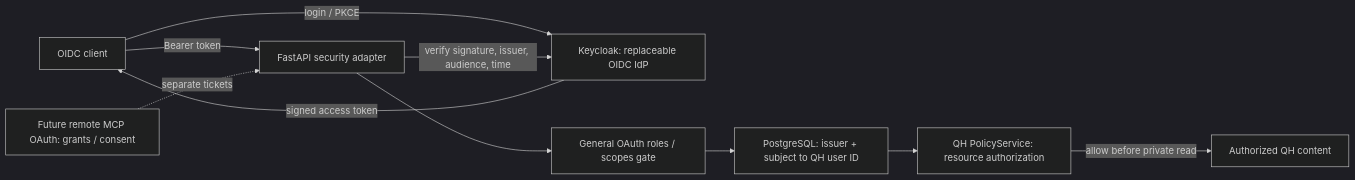
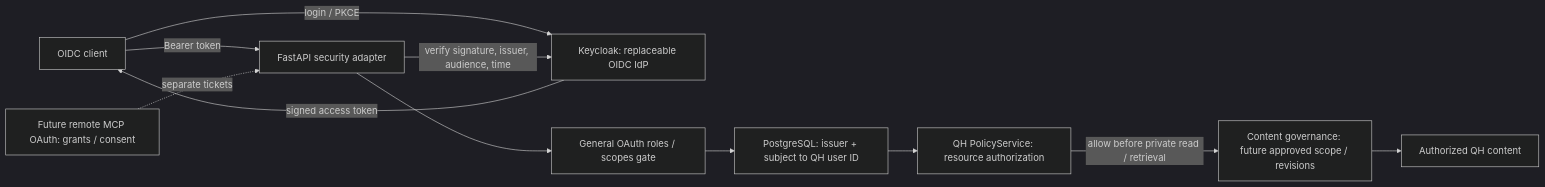
The diagram in docs/architecture.md (bl000m/qh), drawn with Mermaid (dark theme) before and after one commit. The commit also changed other lines of this file and 1 other file, not shown here.

Commit message:
docs(QH-29): formalize shared REST and MCP authorization policy

````diff
--- a/docs/architecture.md
+++ b/docs/architecture.md
@@ -44,12 +44,13 @@
 ```mermaid
 flowchart LR
     Client[OIDC client] -->|login / PKCE| IdP[Keycloak: replaceable OIDC IdP]
     IdP -->|signed access token| Client
     Client -->|Bearer token| API[FastAPI security adapter]
     API -->|verify signature, issuer, audience, time| IdP
     API --> General[General OAuth roles / scopes gate]
     General --> Mapping[PostgreSQL: issuer + subject to QH user ID]
     Mapping --> Policy[QH PolicyService: resource authorization]
-    Policy -->|allow before private read| Content[Authorized QH content]
+    Policy -->|allow before private read / retrieval| Governance[Content governance: future approved scope / revisions]
+    Governance --> Content[Authorized QH content]
     MCP[Future remote MCP OAuth: grants / consent] -. separate tickets .-> API
 ```
````
